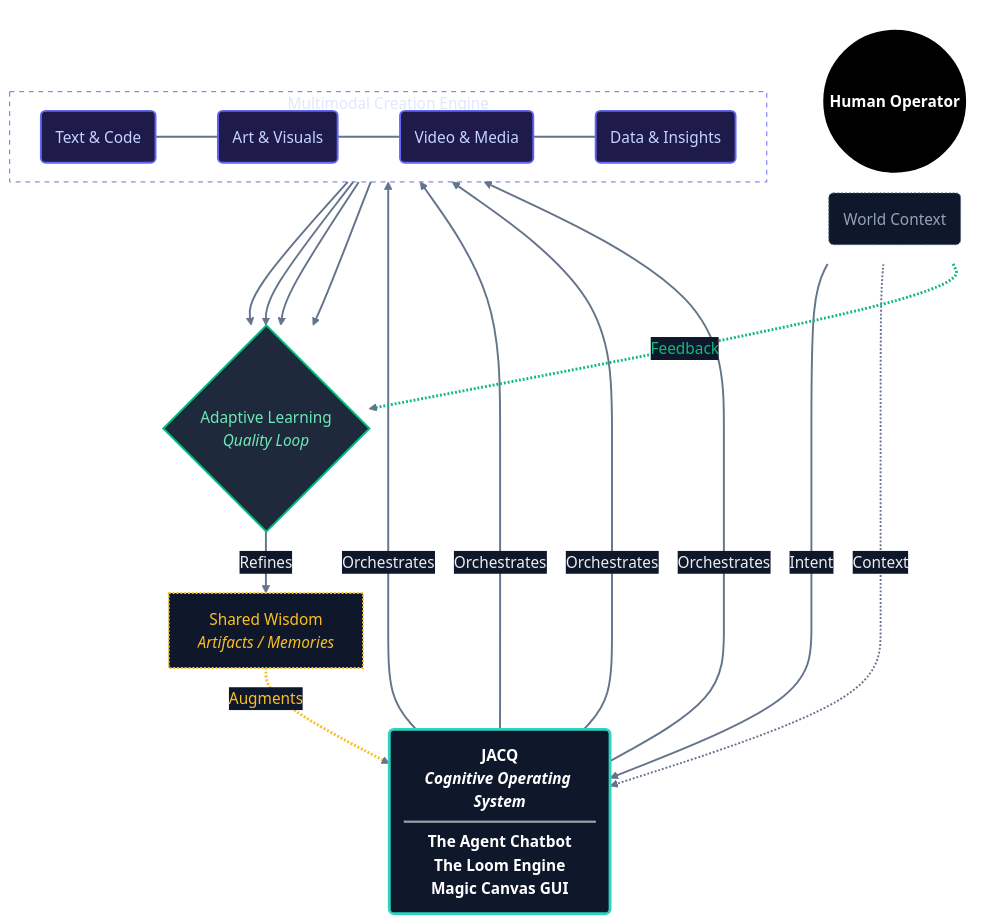
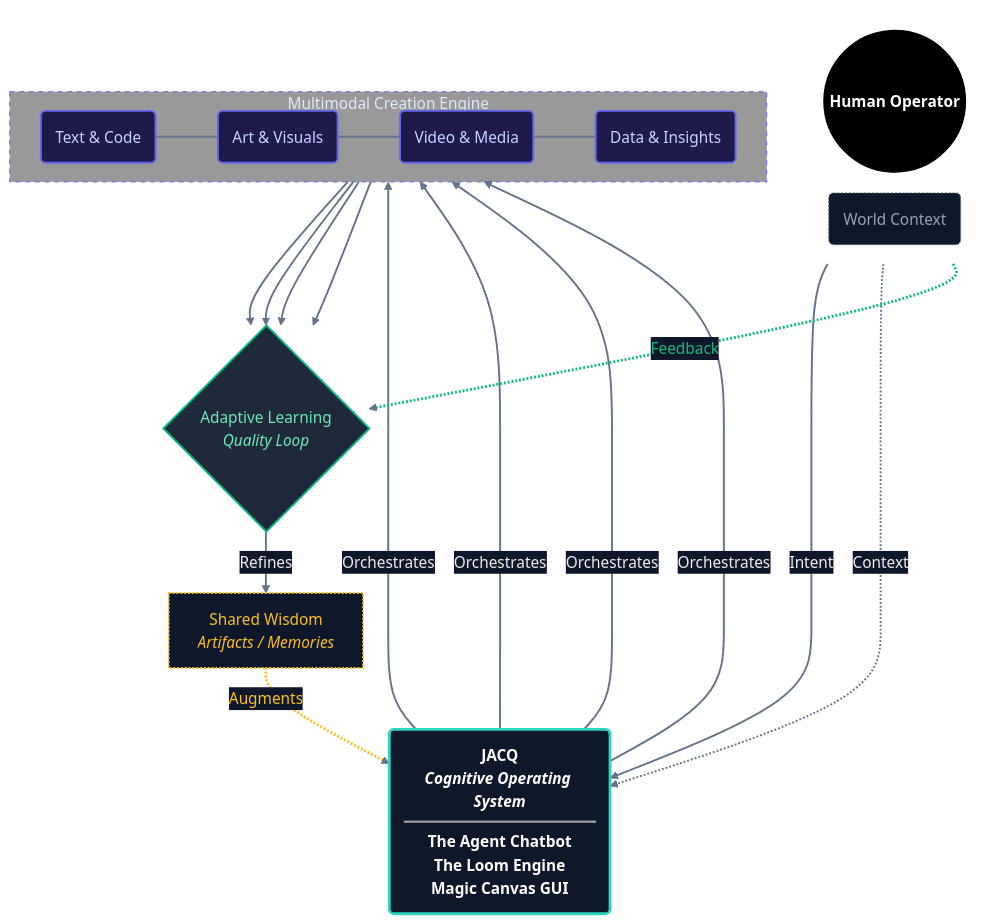
Before and after one commit to shifujosh/shifujosh: the diagram in assets/portfolio_ecosystem.mmd, drawn with Mermaid. The commit also changed 2 other files, not shown here.

Commit message:
style: update portfolio diagram (round 17 - black box background) & bust cache

```diff
--- a/assets/portfolio_ecosystem.mmd
+++ b/assets/portfolio_ecosystem.mmd
@@ -1,72 +1,72 @@
 %%{init: {'theme': 'base', 'themeVariables': { 'darkMode': true, 'background': 'transparent', 'primaryColor': '#1e293b', 'edgeLabelBackground':'#0f172a', 'fontSize': '16px', 'fontFamily': 'Inter, system-ui, -apple-system, BlinkMacSystemFont, Segoe UI, Roboto, Helvetica Neue, Arial, sans-serif' }, 'flowchart': { 'rankSpacing': 40, 'nodeSpacing': 20, 'curve': 'basis' } }}%%
 graph TD
     %% Styling - Minimalist Dark Mode with Frontier Accents
     %% Hub: Central OS
     classDef hub fill:#0f172a,stroke:#2dd4bf,stroke-width:3px,color:#fff,font-weight:bold;
     %% Shared: Wisdom/Memory
     classDef wisdom fill:#0f172a,stroke:#fbbf24,stroke-width:2px,color:#fbbf24,stroke-dasharray: 2 2;
     %% Actor: User
     classDef actor fill:#000000,stroke:#fff,stroke-width:2px,color:#fff,font-weight:bold;
     %% Input: Context
     classDef input fill:#0f172a,stroke:#64748b,stroke-width:1px,color:#94a3b8,stroke-dasharray: 2 2;
     %% Frontier: Multimodal outputs
     classDef frontier fill:#1e1b4b,stroke:#6366f1,stroke-width:2px,color:#c7d2fe;
     %% Learning Loop
     classDef loop fill:#1e293b,stroke:#10b981,stroke-width:2px,color:#6ee7b7;
 
     %% 1. Inputs - Top Level (Co-Creation)
     subgraph Origin [Origin & Inspiration]
         direction LR
         style Origin fill:none,stroke:#fff,stroke-width:1px,stroke-dasharray: 5 5,color:#fff
         User((Human Operator)):::actor
         World(World Context):::input
     end
 
     %% 2. The Core
     JACQ(<b>JACQ</b><br/><i>Cognitive Operating System</i><hr/>The Agent <b>Chatbot</b><br/>The Loom <b>Engine</b><br/>Magic Canvas <b>GUI</b>):::hub
 
     %% 3. Multimodal Output Engine (Simplified)
     subgraph Outputs [Multimodal Creation Engine]
         direction LR
-        style Outputs fill:none,stroke:#6366f1,stroke-width:1px,stroke-dasharray: 5 5,color:#e0e7ff
+        style Outputs fill:#000000,fill-opacity:0.4,stroke:#6366f1,stroke-width:1px,stroke-dasharray: 5 5,color:#e0e7ff
         Text(Text & Code):::frontier
         Visuals(Art & Visuals):::frontier
         Media(Video & Media):::frontier
         Data(Data & Insights):::frontier
     end
     
     %% 4. The Virtuous Cycle
     Learning{Adaptive Learning<br/><i>Quality Loop</i>}:::loop
     Wisdom[Shared Wisdom<br/><i>Artifacts / Memories</i>]:::wisdom
 
     %% Connection Logic - Vertical Flow
     User ==>|Intent| JACQ
     World -.->|Context| JACQ
     
     %% JACQ Direct to Outputs (Skipping Infra)
     JACQ ==>|Orchestrates| Text
     JACQ ==>|Orchestrates| Visuals
     JACQ ==>|Orchestrates| Media
     JACQ ==>|Orchestrates| Data
     
     %% Force Output Alignment
     Text ~~~ Visuals ~~~ Media ~~~ Data
     
     %% The Adaptive Loop
     Text --> Learning
     Visuals --> Learning
     Media --> Learning
     Data --> Learning
     
     %% Human in the Loop
     User -.->|Feedback| Learning
     
     Learning ==>|Refines| Wisdom
     Wisdom -.->|Augments| JACQ
 
     %% Layout - Explicit Link Styling
     linkStyle default stroke-width:2px,fill:none,stroke:#64748b
     
     %% Highlight Feedback (Green) and Wisdom (Yellow) Loops
     linkStyle 13 stroke:#10b981,stroke-width:3px,color:#10b981
     linkStyle 15 stroke:#fbbf24,stroke-width:3px,color:#fbbf24
```
